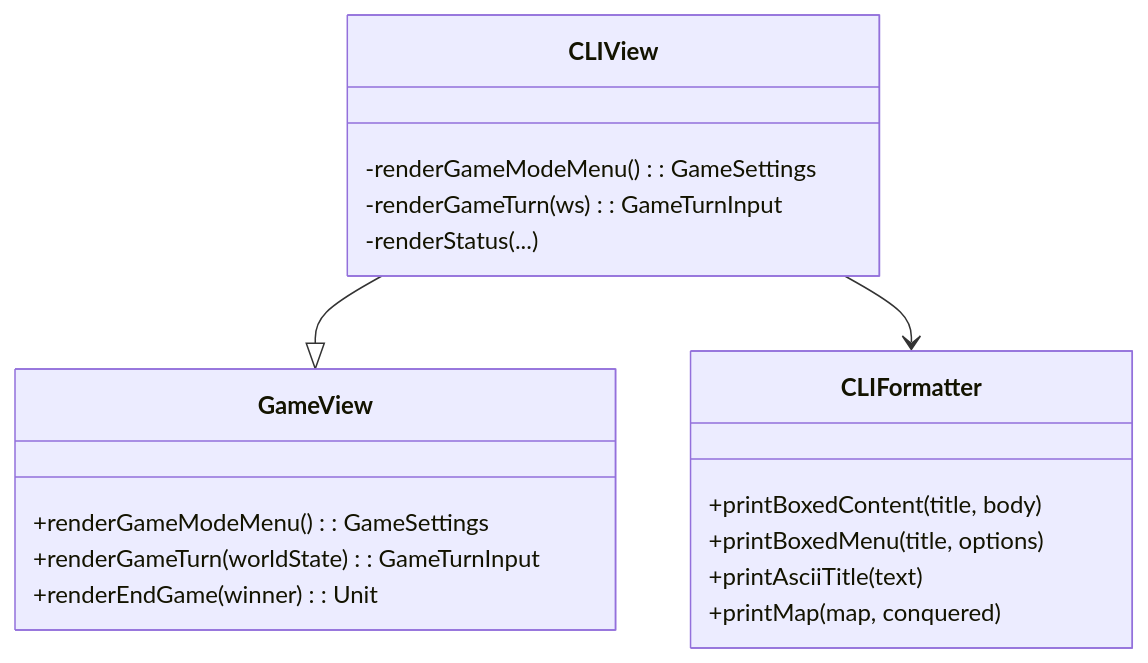
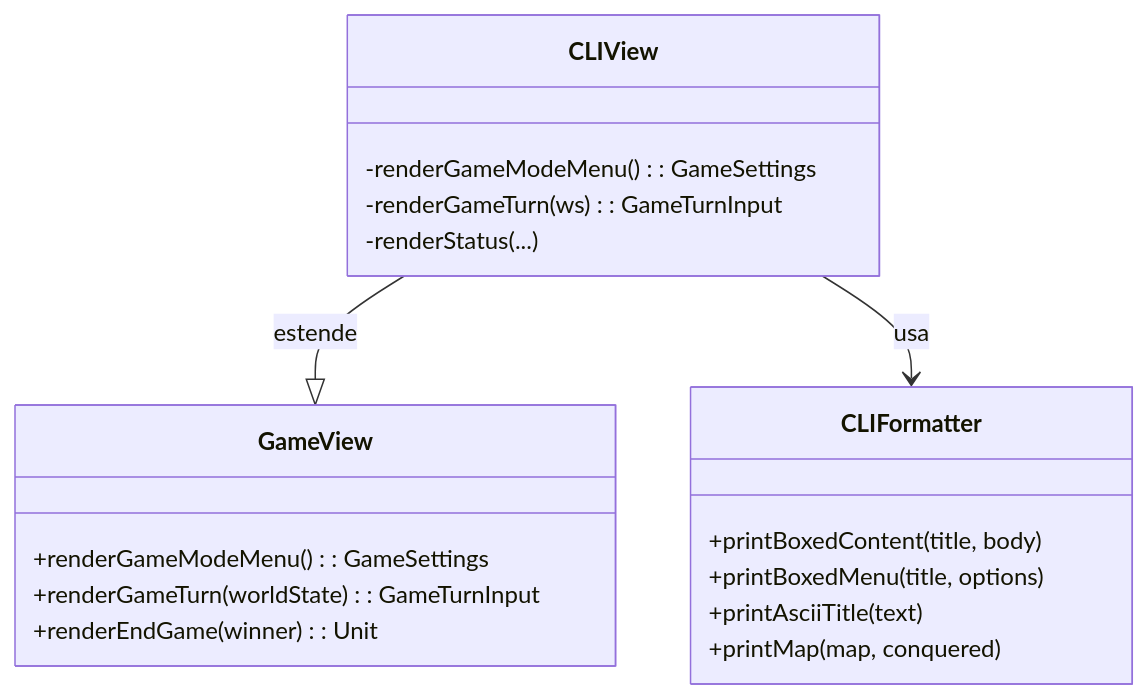
Before and after one commit to GiammaCode/PPS-25-RiseOfTheMachine: the diagram in docs/sections/gianmaria/viewSystem.md, drawn with Mermaid.

Commit message:
update main funtionality of view in docs

````diff
--- a/docs/sections/gianmaria/viewSystem.md
+++ b/docs/sections/gianmaria/viewSystem.md
@@ -52,24 +52,24 @@
 ```mermaid
 classDiagram
   class GameView {
     +renderGameModeMenu(): GameSettings
     +renderGameTurn(worldState): GameTurnInput
     +renderEndGame(winner): Unit
   }
 
   class CLIView {
     -renderGameModeMenu(): GameSettings
     -renderGameTurn(ws): GameTurnInput
     -renderStatus(...)
   }
 
   class CLIFormatter {
     +printBoxedContent(title, body)
     +printBoxedMenu(title, options)
     +printAsciiTitle(text)
     +printMap(map, conquered)
   }
 
-  CLIView --|> GameView
-  CLIView --> CLIFormatter
+  CLIView --|> GameView : estende
+  CLIView --> CLIFormatter : usa
 ```
````
